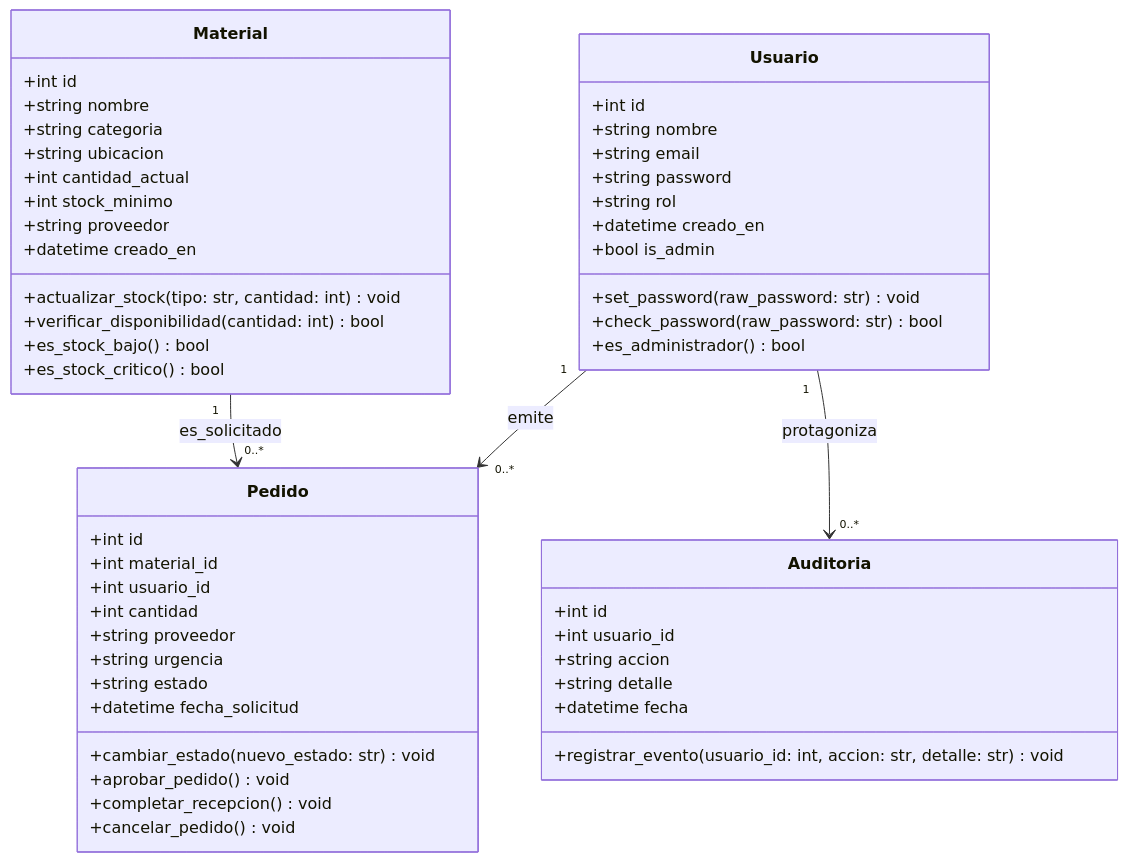
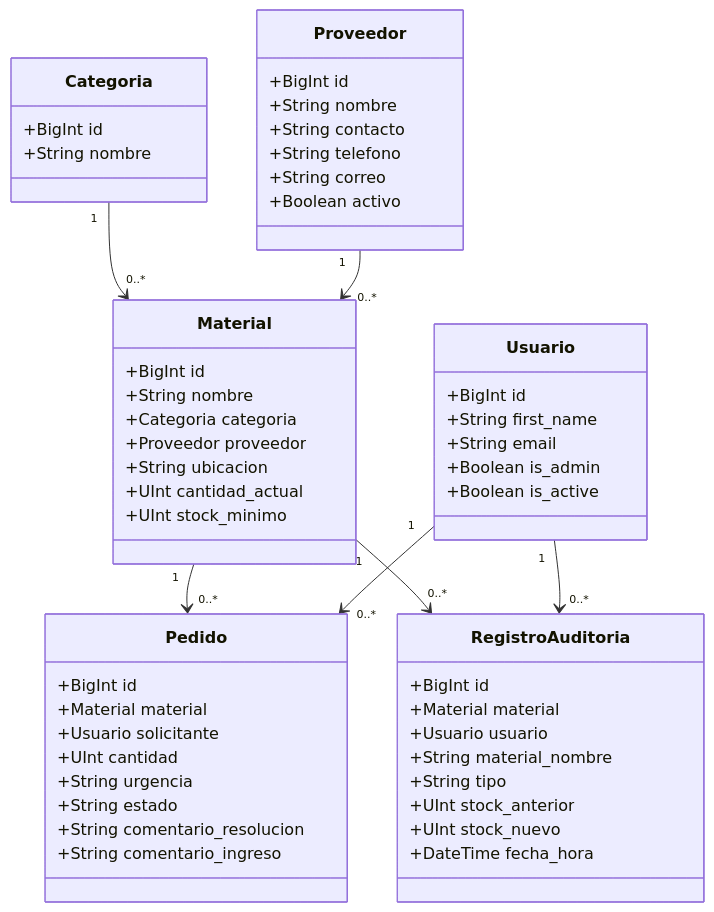
One commit to Scripters-ISPC/StockManager changed the third of 4 diagrams in docs/diagramas.md. Above: the diagram before and after it, drawn with Mermaid. The commit also changed other lines of this file and 2 other files, not shown here.

````diff
--- a/docs/diagramas.md
+++ b/docs/diagramas.md
@@ -80,58 +125,63 @@
 ```mermaid
 classDiagram
     class Usuario {
-        +int id
-        +string nombre
-        +string email
-        +string password
-        +string rol
-        +datetime creado_en
-        +bool is_admin
-        +set_password(raw_password: str) void
-        +check_password(raw_password: str) bool
-        +es_administrador() bool
+        +BigInt id
+        +String first_name
+        +String email
+        +Boolean is_admin
+        +Boolean is_active
+    }
+
+    class Categoria {
+        +BigInt id
+        +String nombre
+    }
+
+    class Proveedor {
+        +BigInt id
+        +String nombre
+        +String contacto
+        +String telefono
+        +String correo
+        +Boolean activo
     }
 
     class Material {
-        +int id
-        +string nombre
-        +string categoria
-        +string ubicacion
-        +int cantidad_actual
-        +int stock_minimo
-        +string proveedor
-        +datetime creado_en
-        +actualizar_stock(tipo: str, cantidad: int) void
-        +verificar_disponibilidad(cantidad: int) bool
-        +es_stock_bajo() bool
-        +es_stock_critico() bool
+        +BigInt id
+        +String nombre
+        +Categoria categoria
+        +Proveedor proveedor
+        +String ubicacion
+        +UInt cantidad_actual
+        +UInt stock_minimo
     }
 
     class Pedido {
-        +int id
-        +int material_id
-        +int usuario_id
-        +int cantidad
-        +string proveedor
-        +string urgencia
-        +string estado
-        +datetime fecha_solicitud
-        +cambiar_estado(nuevo_estado: str) void
-        +aprobar_pedido() void
-        +completar_recepcion() void
-        +cancelar_pedido() void
+        +BigInt id
+        +Material material
+        +Usuario solicitante
+        +UInt cantidad
+        +String urgencia
+        +String estado
+        +String comentario_resolucion
+        +String comentario_ingreso
     }
 
-    class Auditoria {
-        +int id
-        +int usuario_id
-        +string accion
-        +string detalle
-        +datetime fecha
-        +registrar_evento(usuario_id: int, accion: str, detalle: str) void
+    class RegistroAuditoria {
+        +BigInt id
+        +Material material
+        +Usuario usuario
+        +String material_nombre
+        +String tipo
+        +UInt stock_anterior
+        +UInt stock_nuevo
+        +DateTime fecha_hora
     }
 
-    Usuario "1" --> "0..*" Pedido : emite
-    Usuario "1" --> "0..*" Auditoria : protagoniza
-    Material "1" --> "0..*" Pedido : es_solicitado
+    Categoria "1" --> "0..*" Material
+    Proveedor "1" --> "0..*" Material
+    Material "1" --> "0..*" Pedido
+    Usuario "1" --> "0..*" Pedido
+    Material "1" --> "0..*" RegistroAuditoria
+    Usuario "1" --> "0..*" RegistroAuditoria
 ```
````
